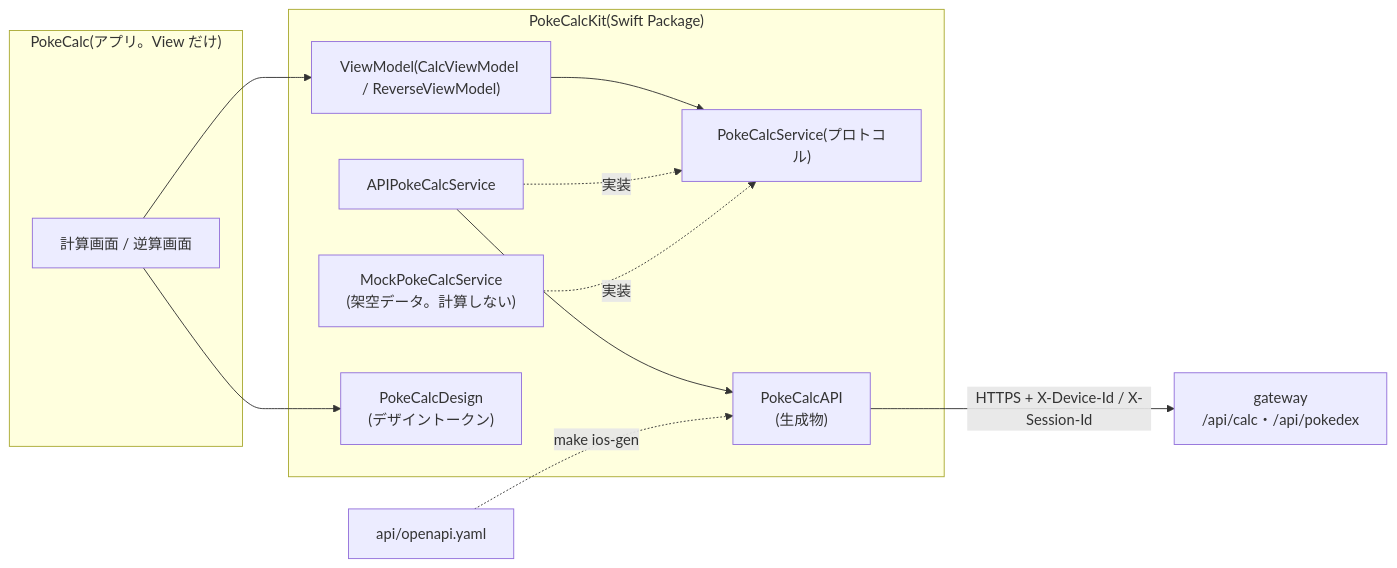
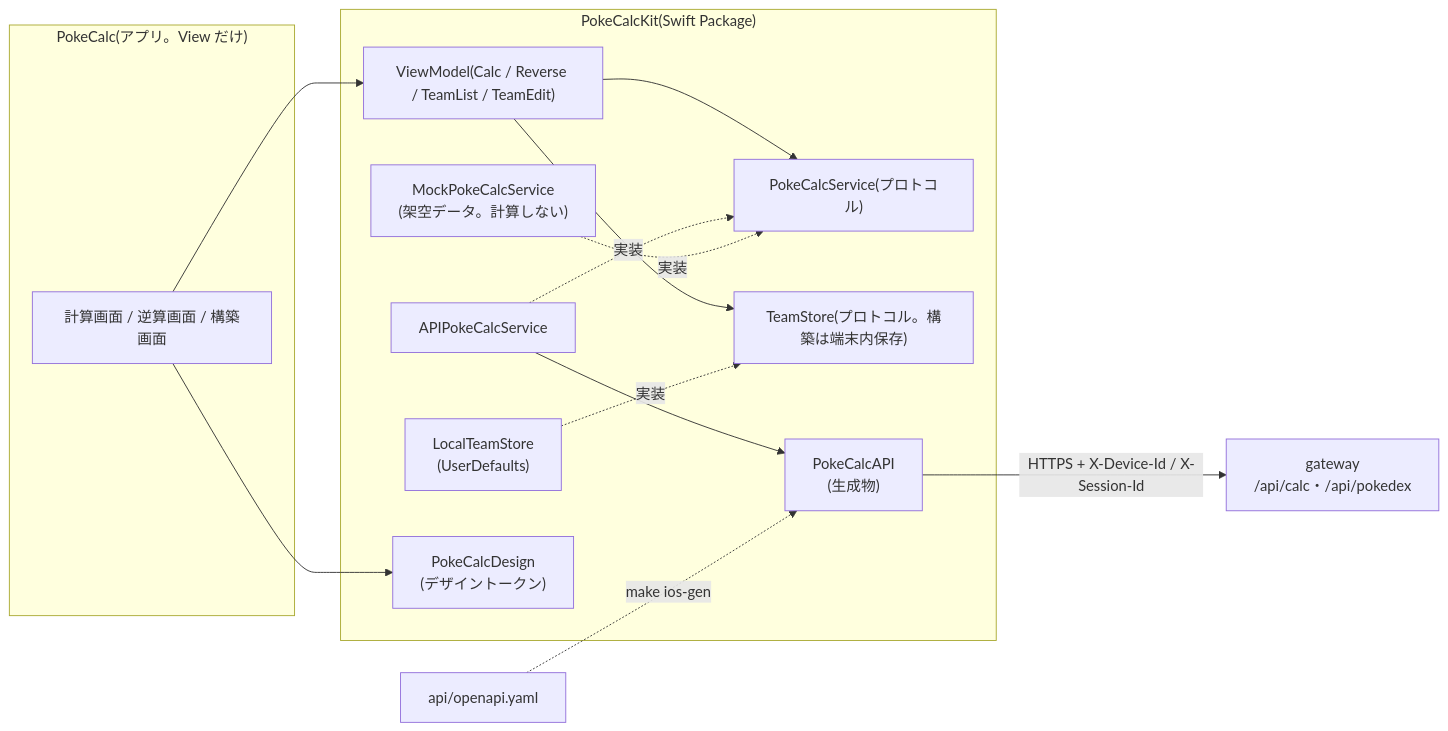
Before and after one commit to yxicun89/MyDamageCalcurater: the diagram in ios/README.md, drawn with Mermaid. The commit also changed other lines of this file and 17 other files, not shown here.

````diff
--- a/ios/README.md
+++ b/ios/README.md
@@ -7,17 +7,19 @@
 ```mermaid
 flowchart LR
   subgraph App["PokeCalc(アプリ。View だけ)"]
-    Views["計算画面 / 逆算画面"]
+    Views["計算画面 / 逆算画面 / 構築画面"]
   end
   subgraph Kit["PokeCalcKit(Swift Package)"]
-    VM["ViewModel(CalcViewModel / ReverseViewModel)"] --> Service["PokeCalcService(プロトコル)"]
+    VM["ViewModel(Calc / Reverse / TeamList / TeamEdit)"] --> Service["PokeCalcService(プロトコル)"]
+    VM --> TeamStore["TeamStore(プロトコル。構築は端末内保存)"]
     APIImpl["APIPokeCalcService"] -.->|実装| Service
     Mock["MockPokeCalcService<br/>(架空データ。計算しない)"] -.->|実装| Service
+    LocalStore["LocalTeamStore<br/>(UserDefaults)"] -.->|実装| TeamStore
     APIImpl --> Gen["PokeCalcAPI<br/>(生成物)"]
     Design["PokeCalcDesign<br/>(デザイントークン)"]
   end
   Views --> VM
   Views --> Design
   Gen -->|"HTTPS + X-Device-Id / X-Session-Id"| Gateway["gateway<br/>/api/calc・/api/pokedex"]
   Spec["api/openapi.yaml"] -.->|"make ios-gen"| Gen
 ```
````
